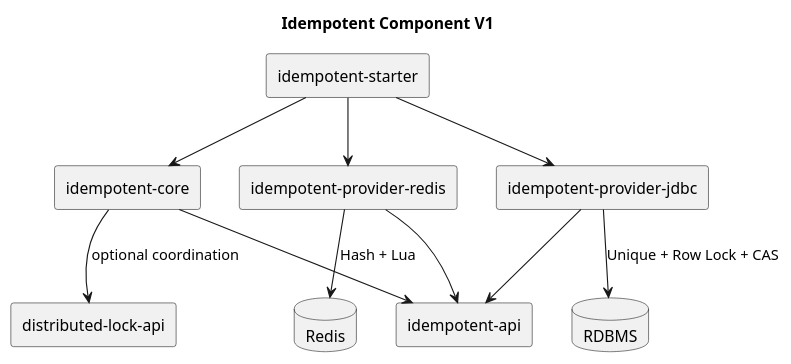
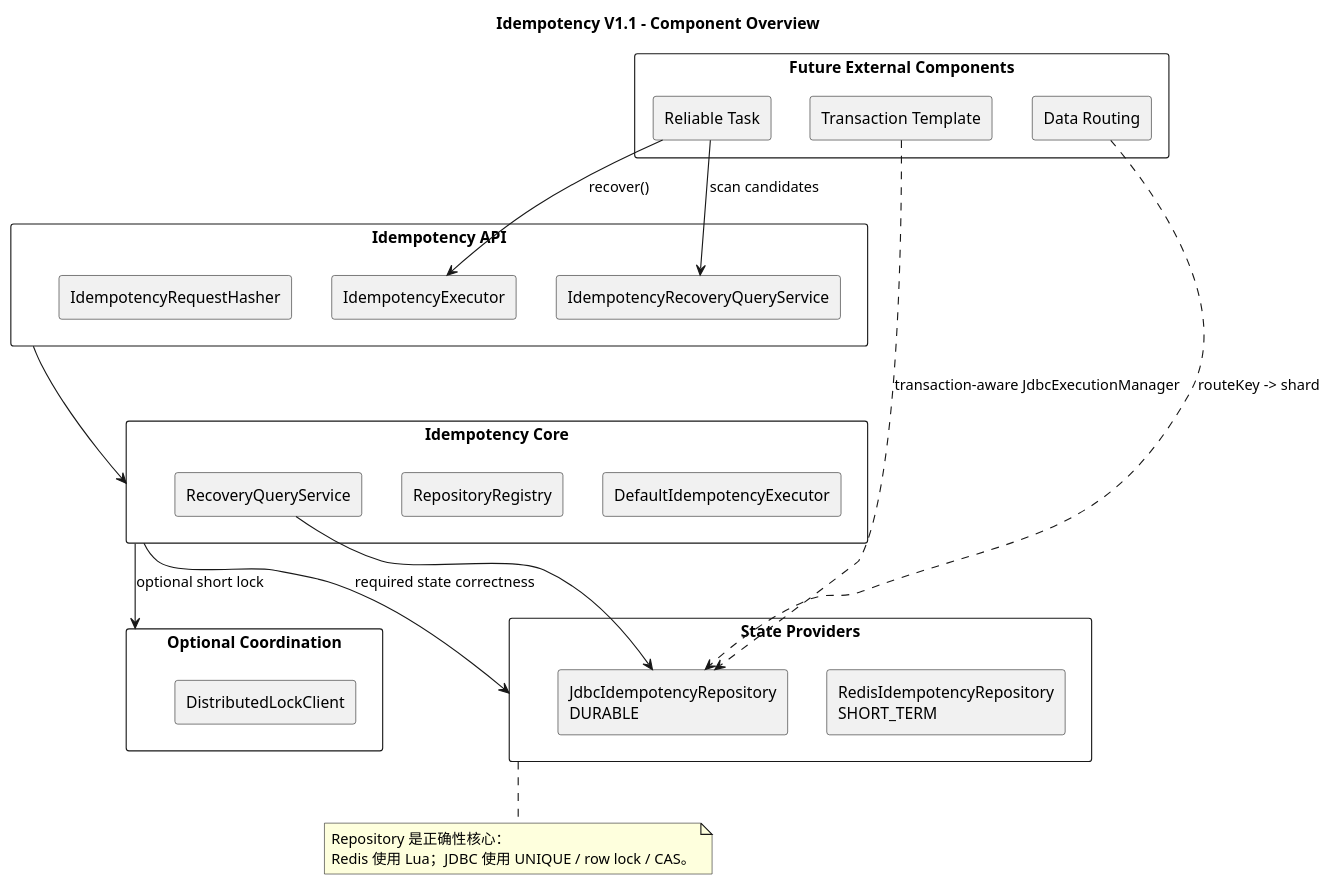
Before and after one commit to pbxjtumse/cola-web-standard: the diagram in component/idempotent-component/docs/diagrams/component/L0-overview.puml, drawn with PlantUML. The commit also changed 95 other files, not shown here.

```diff
--- a/component/idempotent-component/docs/diagrams/component/L0-overview.puml
+++ b/component/idempotent-component/docs/diagrams/component/L0-overview.puml
@@ -1,22 +1,48 @@
 @startuml
+title Idempotency V1.1 - Component Overview
+
+skinparam shadowing false
 skinparam componentStyle rectangle
-skinparam shadowing false
-title Idempotent Component V1
-component "idempotent-api" as API
-component "idempotent-core" as Core
-component "idempotent-provider-redis" as RedisProvider
-component "idempotent-provider-jdbc" as JdbcProvider
-component "idempotent-starter" as Starter
-component "distributed-lock-api" as LockApi
-database Redis
-database RDBMS
-Core --> API
-Core --> LockApi : optional coordination
-RedisProvider --> API
-JdbcProvider --> API
-RedisProvider --> Redis : Hash + Lua
-JdbcProvider --> RDBMS : Unique + Row Lock + CAS
-Starter --> Core
-Starter --> RedisProvider
-Starter --> JdbcProvider
+
+component "Idempotency API" as API {
+  [IdempotencyExecutor]
+  [IdempotencyRecoveryQueryService]
+  [IdempotencyRequestHasher]
+}
+
+component "Idempotency Core" as CORE {
+  [DefaultIdempotencyExecutor]
+  [RepositoryRegistry]
+  [RecoveryQueryService]
+}
+
+component "Optional Coordination" as COORD {
+  [DistributedLockClient]
+}
+
+component "State Providers" as PROVIDERS {
+  [RedisIdempotencyRepository\nSHORT_TERM]
+  [JdbcIdempotencyRepository\nDURABLE]
+}
+
+component "Future External Components" as FUTURE {
+  [Reliable Task]
+  [Transaction Template]
+  [Data Routing]
+}
+
+API --> CORE
+CORE --> COORD : optional short lock
+CORE --> PROVIDERS : required state correctness
+[RecoveryQueryService] --> [JdbcIdempotencyRepository\nDURABLE]
+[Reliable Task] --> [IdempotencyRecoveryQueryService] : scan candidates
+[Reliable Task] --> [IdempotencyExecutor] : recover()
+[Transaction Template] ..> [JdbcIdempotencyRepository\nDURABLE] : transaction-aware JdbcExecutionManager
+[Data Routing] ..> [JdbcIdempotencyRepository\nDURABLE] : routeKey -> shard
+
+note bottom of PROVIDERS
+Repository 是正确性核心：
+Redis 使用 Lua；JDBC 使用 UNIQUE / row lock / CAS。
+end note
+
 @enduml
```
